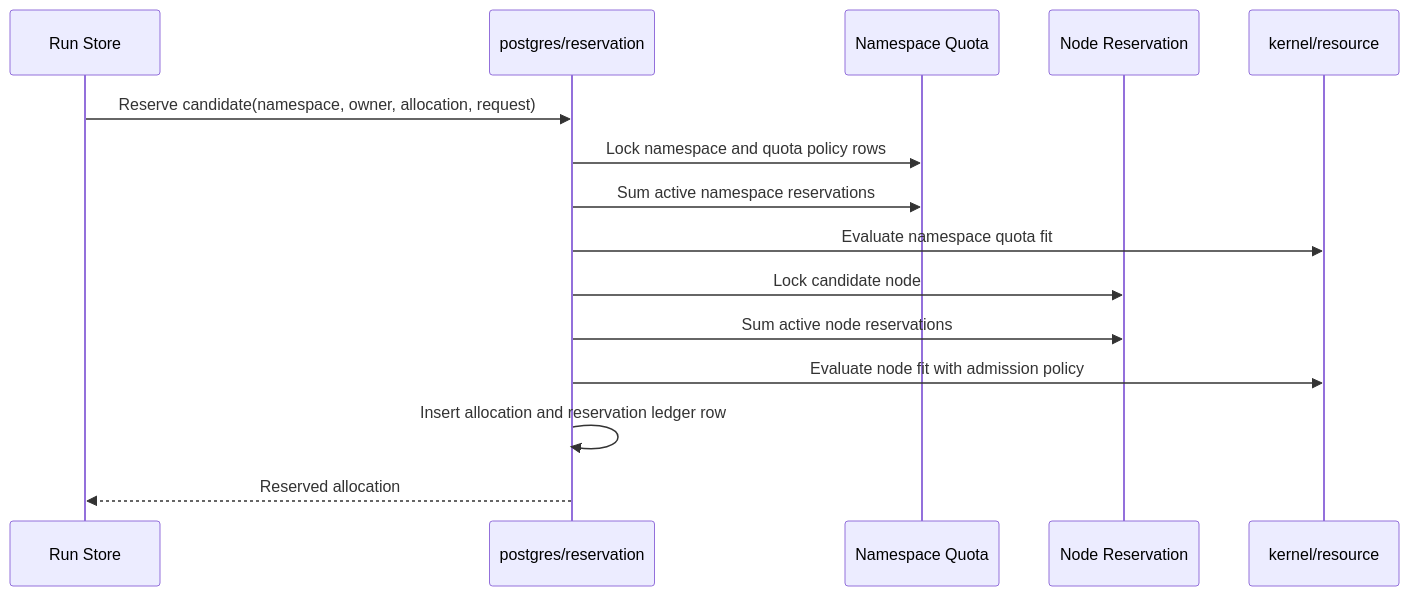
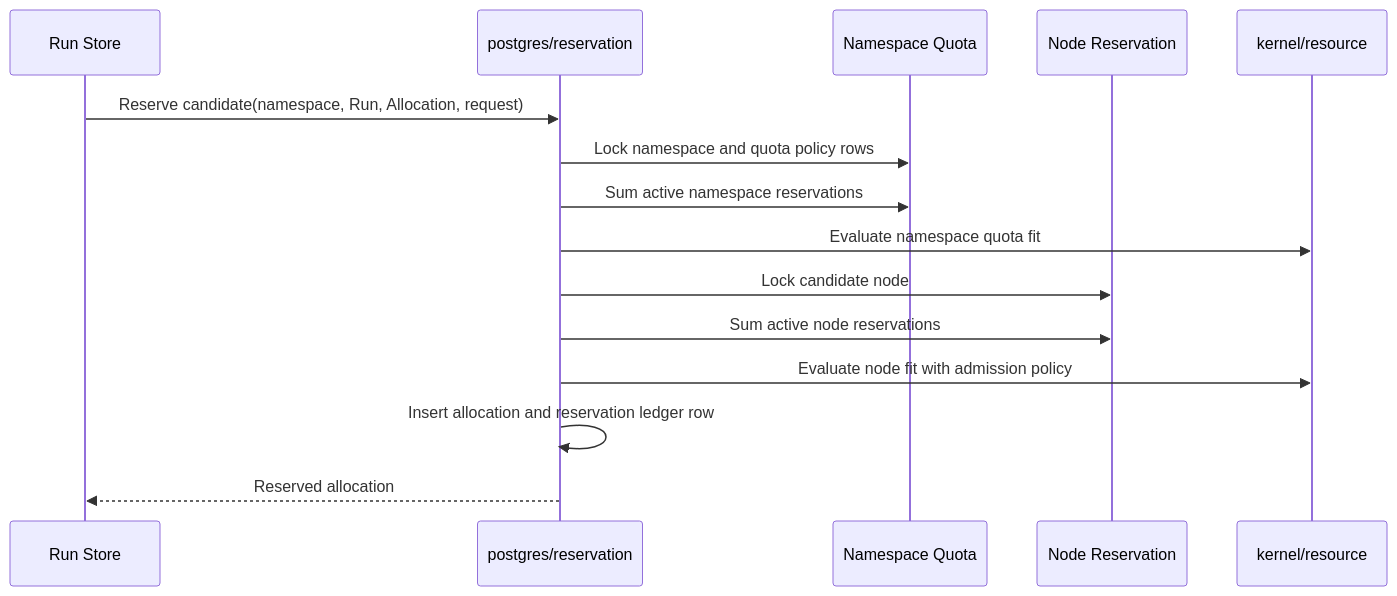
One commit to cofy-x/axern changed the diagram in control/controld/docs/resource-quota.md. Above: the diagram before and after it, drawn with Mermaid. The commit also changed other lines of this file and 185 other files, not shown here.

````diff
--- a/control/controld/docs/resource-quota.md
+++ b/control/controld/docs/resource-quota.md
@@ -52,18 +52,18 @@
 ```mermaid
 sequenceDiagram
   participant Store as Run Store
   participant Reservation as postgres/reservation
   participant Quota as Namespace Quota
   participant Node as Node Reservation
   participant Kernel as kernel/resource
 
-  Store->>Reservation: Reserve candidate(namespace, owner, allocation, request)
+  Store->>Reservation: Reserve candidate(namespace, Run, Allocation, request)
   Reservation->>Quota: Lock namespace and quota policy rows
   Reservation->>Quota: Sum active namespace reservations
   Reservation->>Kernel: Evaluate namespace quota fit
   Reservation->>Node: Lock candidate node
   Reservation->>Node: Sum active node reservations
   Reservation->>Kernel: Evaluate node fit with admission policy
   Reservation->>Reservation: Insert allocation and reservation ledger row
   Reservation-->>Store: Reserved allocation
 ```
````
